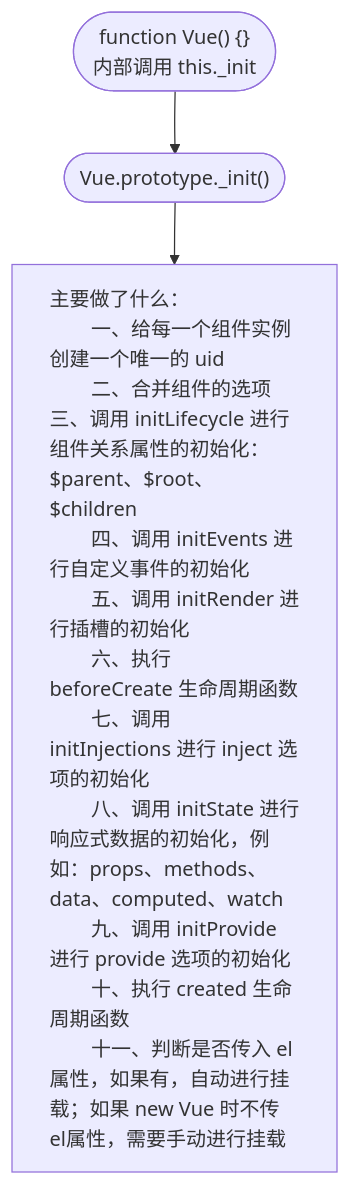
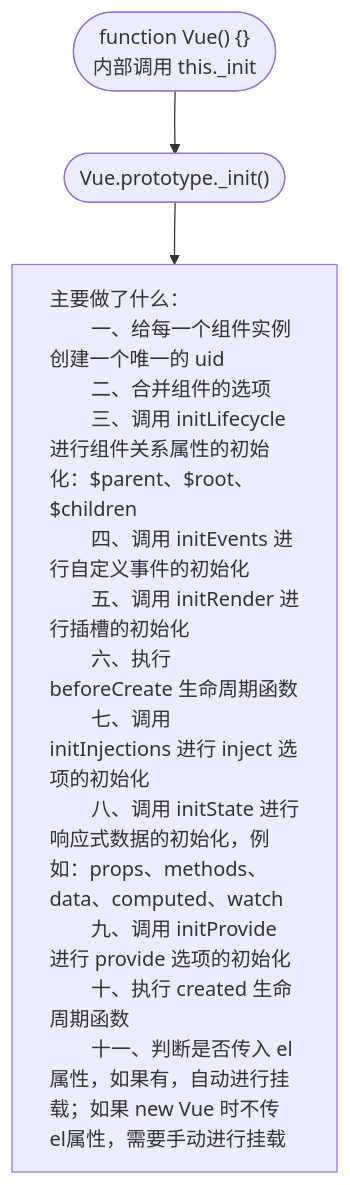
The first of 3 diagrams in vueCore/vue2-core-1.md (z-lunaticasylum/personalBlog), drawn with Mermaid before and after one commit. The commit also changed other lines of this file and 10 other files, not shown here.

````diff
--- a/vueCore/vue2-core-1.md
+++ b/vueCore/vue2-core-1.md
@@ -3,19 +3,20 @@
 ```mermaid
 flowchart TB
         style C text-align:left;
         A(["function Vue() {}
         内部调用 this._init"]) -->
         B(["Vue.prototype._init()"]) -->
         C["主要做了什么：
         一、给每一个组件实例创建一个唯一的 uid
-        二、合并组件的选项三、调用 initLifecycle 进行组件关系属性的初始化：$parent、$root、$children
+        二、合并组件的选项
+        三、调用 initLifecycle 进行组件关系属性的初始化：$parent、$root、$children
         四、调用 initEvents 进行自定义事件的初始化
         五、调用 initRender 进行插槽的初始化
         六、执行 beforeCreate 生命周期函数
         七、调用 initInjections 进行 inject 选项的初始化
         八、调用 initState 进行响应式数据的初始化，例如：props、methods、data、computed、watch
         九、调用 initProvide 进行 provide 选项的初始化
         十、执行 created 生命周期函数
         十一、判断是否传入 el 属性，如果有，自动进行挂载；如果 new Vue 时不传 el属性，需要手动进行挂载
         "]
 ```
````
